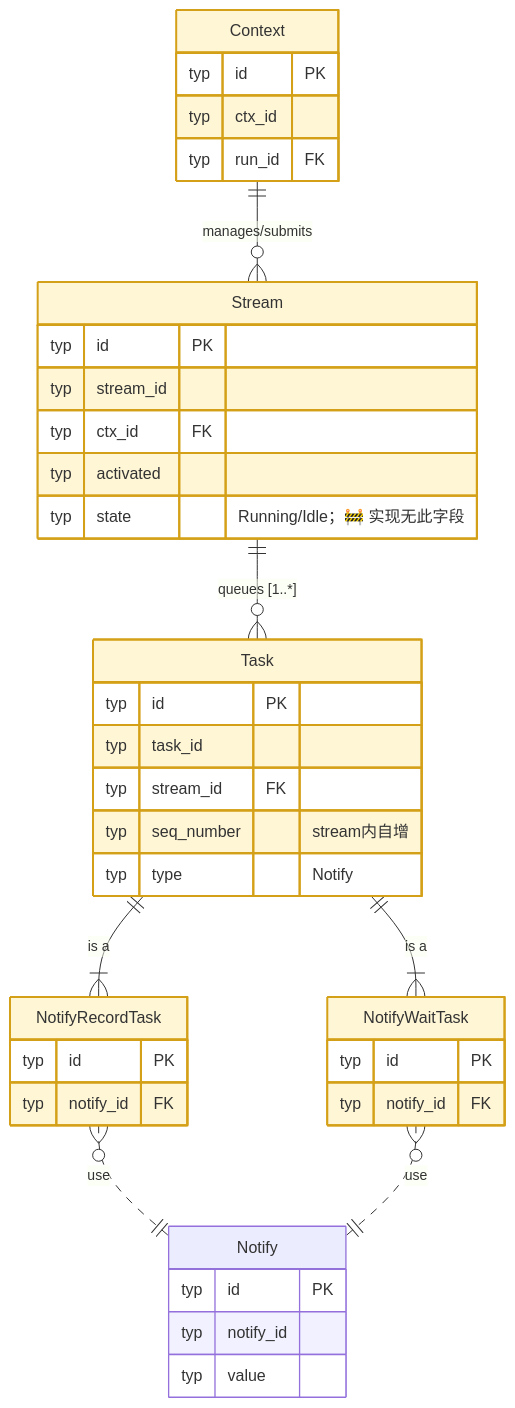
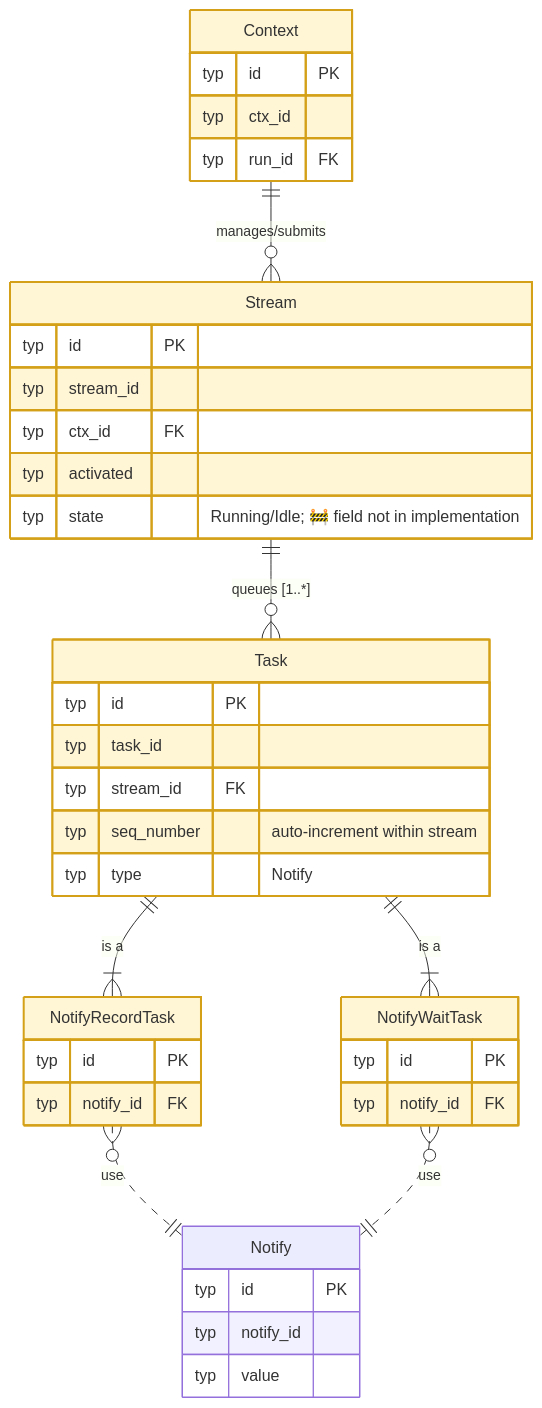
One commit to Atlas-Ascend-Fork/hcomm changed the ninth of 19 diagrams in test/hccl_vm/docs/simulator_runner_data_model_en.md. Above: the diagram before and after it, drawn with Mermaid. The commit also changed other lines of this file and 73 other files, not shown here.

````diff
--- a/test/hccl_vm/docs/simulator_runner_data_model_en.md
+++ b/test/hccl_vm/docs/simulator_runner_data_model_en.md
@@ -796,57 +796,57 @@
 ```mermaid
 erDiagram
     Context {
         typ id PK
         typ ctx_id
         typ run_id FK
     }
 
     Stream {
         typ id PK
         typ stream_id
         typ ctx_id FK
         typ activated
-        typ state "Running/Idle；🚧 实现无此字段"
+        typ state "Running/Idle; 🚧 field not in implementation"
     }
-    %% 实现无 state 字段；运行态由 activated/capture_status/task_complete_status 表达
+    %% Implementation has no state field; run state is expressed by activated/capture_status/task_complete_status
 
-    %% Stream 包含有序的任务列表
+    %% Stream contains an ordered task list
     Context ||--o{ Stream : "manages/submits"
     Stream ||--o{ Task : "queues [1..*]"
 
     Task {
         typ id PK
         typ task_id
         typ stream_id FK
-        typ seq_number "stream内自增"
+        typ seq_number "auto-increment within stream"
         typ type "Notify"
     }
 
-    %% 各种具体的 Task 类型 (逻辑上的继承关系)
+    %% Various specific Task types (logical inheritance)
     NotifyRecordTask {
         typ id PK
         typ notify_id FK
 
     }
 
     NotifyWaitTask {
         typ id PK
         typ notify_id FK
     }
 
     NotifyRecordTask }o..|| Notify : "use"
     NotifyWaitTask }o..|| Notify : "use"
     Notify {
         typ id PK
         typ notify_id
         typ value
     }
-    %% 继承关系的逻辑表达 (Task 分为多种)
-    %% 🧠 可进程私有：Context / Stream / Task（仅 src/proxy 访问）
-    %% NotifyRecordTask/NotifyWaitTask 由 Task.type 判别（实现只建 Task 表）
+    %% Inheritance logical expression (Task has multiple types)
+    %% 🧠 Process-private candidates: Context / Stream / Task (only src/proxy accesses)
+    %% NotifyRecordTask/NotifyWaitTask are discriminated by Task.type (implementation only creates Task table)
     Task ||--|{ NotifyRecordTask : "is a"
     Task ||--|{ NotifyWaitTask : "is a"
 
     classDef inproc fill:#fff6d6,stroke:#d4a017,stroke-width:2px
     class Context,Stream,Task,NotifyRecordTask,NotifyWaitTask inproc
 ```
````
